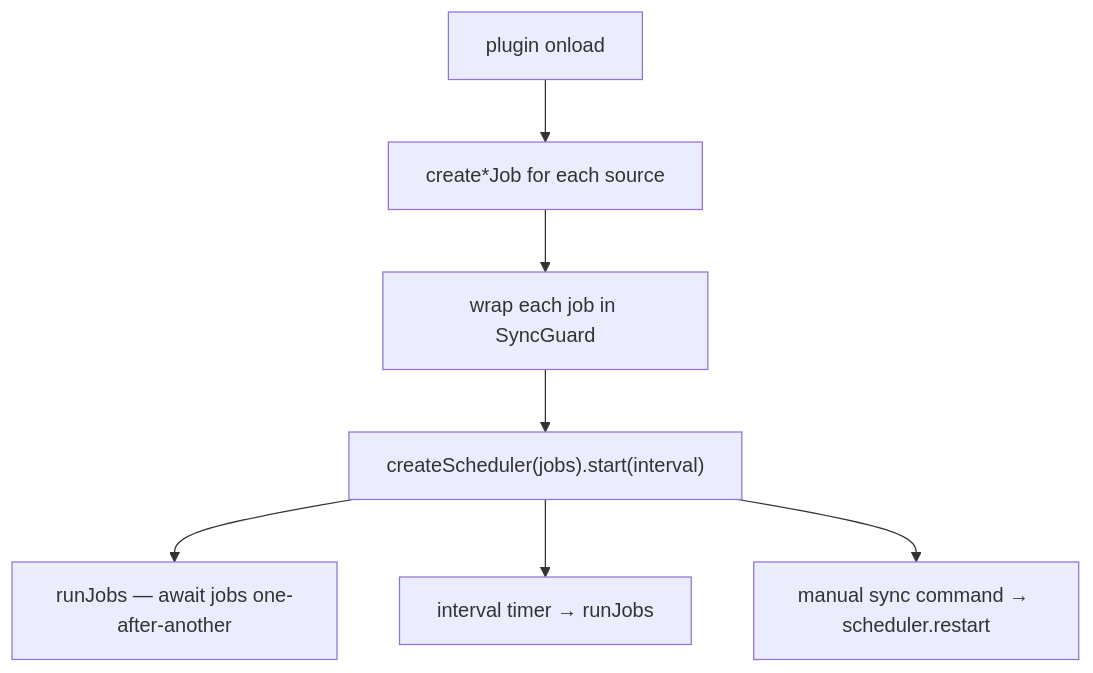
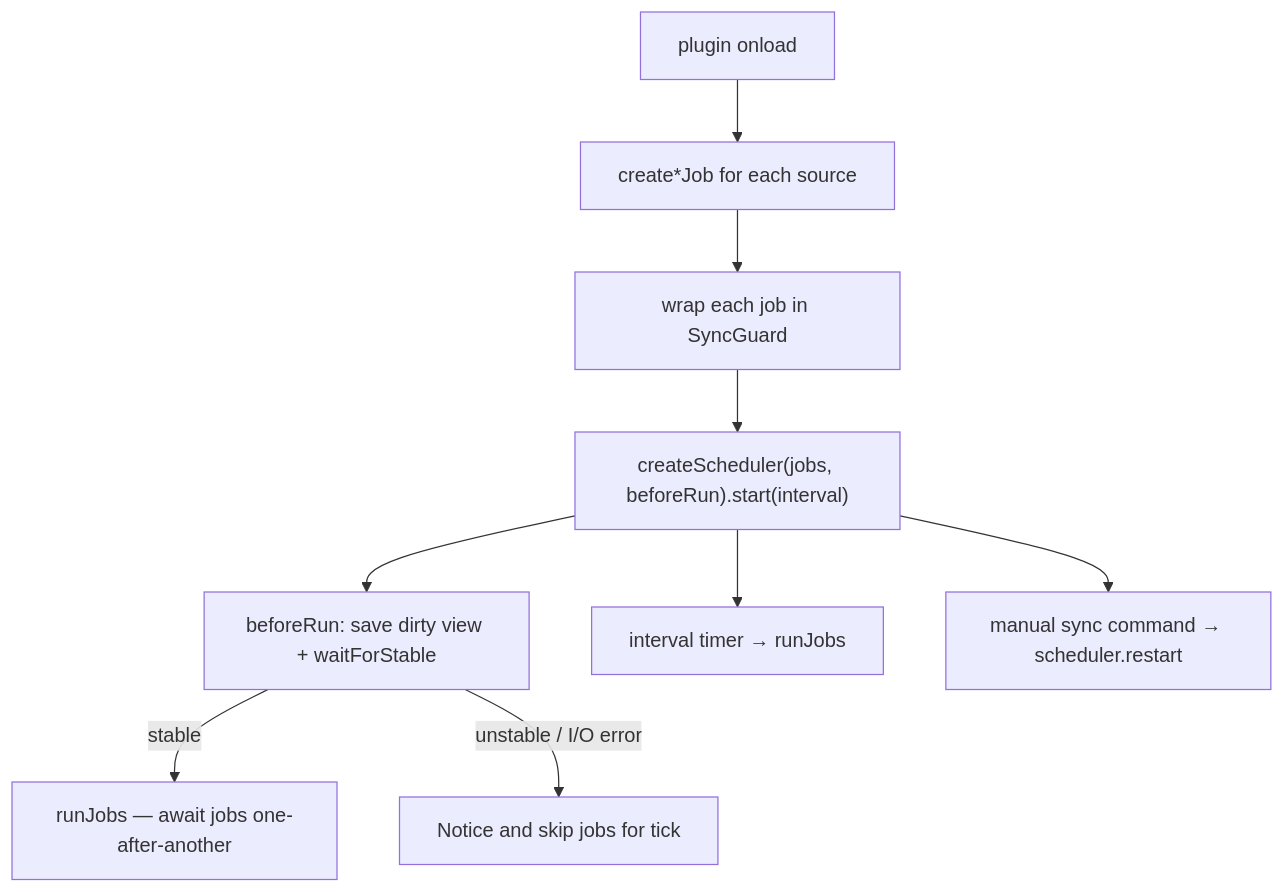
One commit to desimpson/syncer changed the second of 3 diagrams in docs/kb/architecture.md. Above: the diagram before and after it, drawn with Mermaid. The commit also changed other lines of this file and 14 other files, not shown here.

First line of the commit message:
Prepare sync document once per tick before jobs (#124)

````diff
--- a/docs/kb/architecture.md
+++ b/docs/kb/architecture.md
@@ -54,9 +58,11 @@
 ```mermaid
 flowchart TD
   onload["plugin onload"] --> createJobs["create*Job for each source"]
   createJobs --> wrap["wrap each job in SyncGuard"]
-  wrap --> start["createScheduler(jobs).start(interval)"]
-  start --> run["runJobs — await jobs one-after-another"]
+  wrap --> start["createScheduler(jobs, beforeRun).start(interval)"]
+  start --> prepare["beforeRun: save dirty view + waitForStable"]
+  prepare -->|stable| run["runJobs — await jobs one-after-another"]
+  prepare -->|unstable / I/O error| skip["Notice and skip jobs for tick"]
   start --> interval["interval timer → runJobs"]
   start --> manual["manual sync command → scheduler.restart"]
 ```
````
